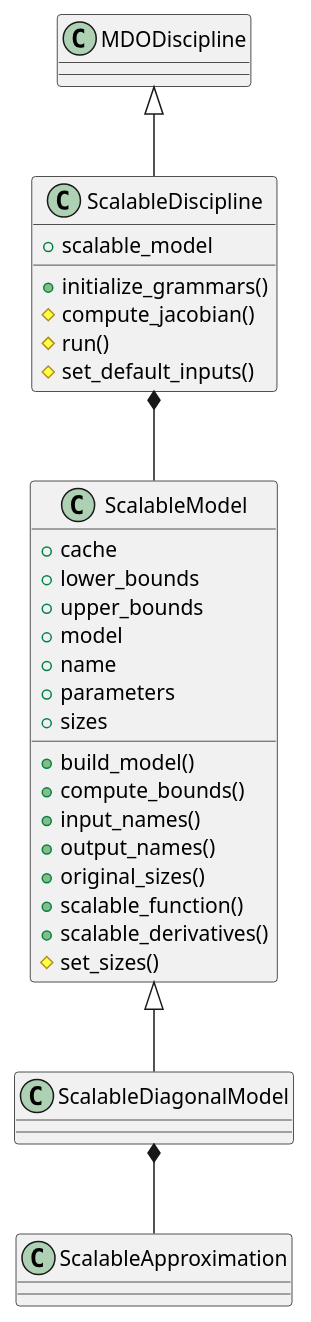
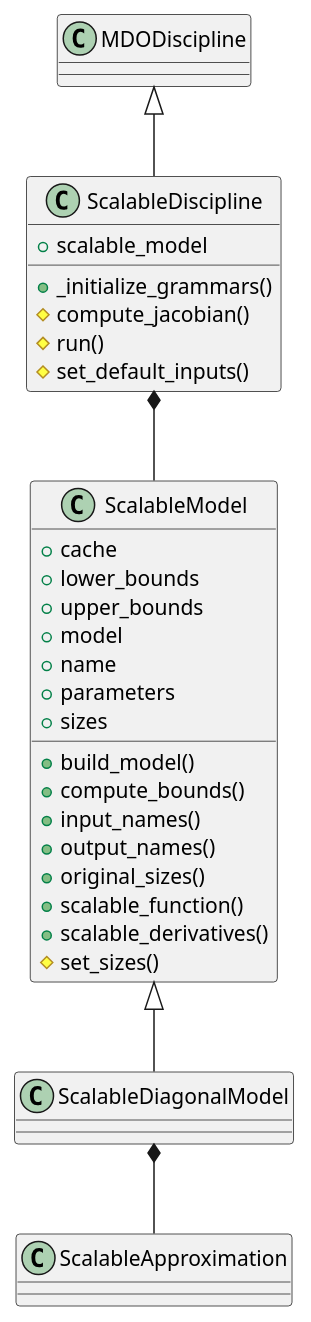
The diagram in doc_src/scalable_models/index.rst (gemseo/gemseo), drawn with PlantUML before and after one commit. The commit also changed 411 other files, not shown here.

```diff
--- a/doc_src/scalable_models/index.rst
+++ b/doc_src/scalable_models/index.rst
@@ -36,32 +36,32 @@
 .. uml::
 
    MDODiscipline <|-- ScalableDiscipline
    ScalableDiscipline *-- ScalableModel
    ScalableModel <|-- ScalableDiagonalModel
    ScalableDiagonalModel *-- ScalableApproximation
 
    class ScalableDiscipline {
     +scalable_model
-    +initialize_grammars()
+    +_initialize_grammars()
 	#compute_jacobian()
 	#run()
 	#set_default_inputs()
    }
 
    class ScalableModel {
     +cache
     +lower_bounds
     +upper_bounds
     +model
     +name
     +parameters
     +sizes
     +build_model()
     +compute_bounds()
     +input_names()
     +output_names()
     +original_sizes()
     +scalable_function()
     +scalable_derivatives()
     #set_sizes()
    }
```
